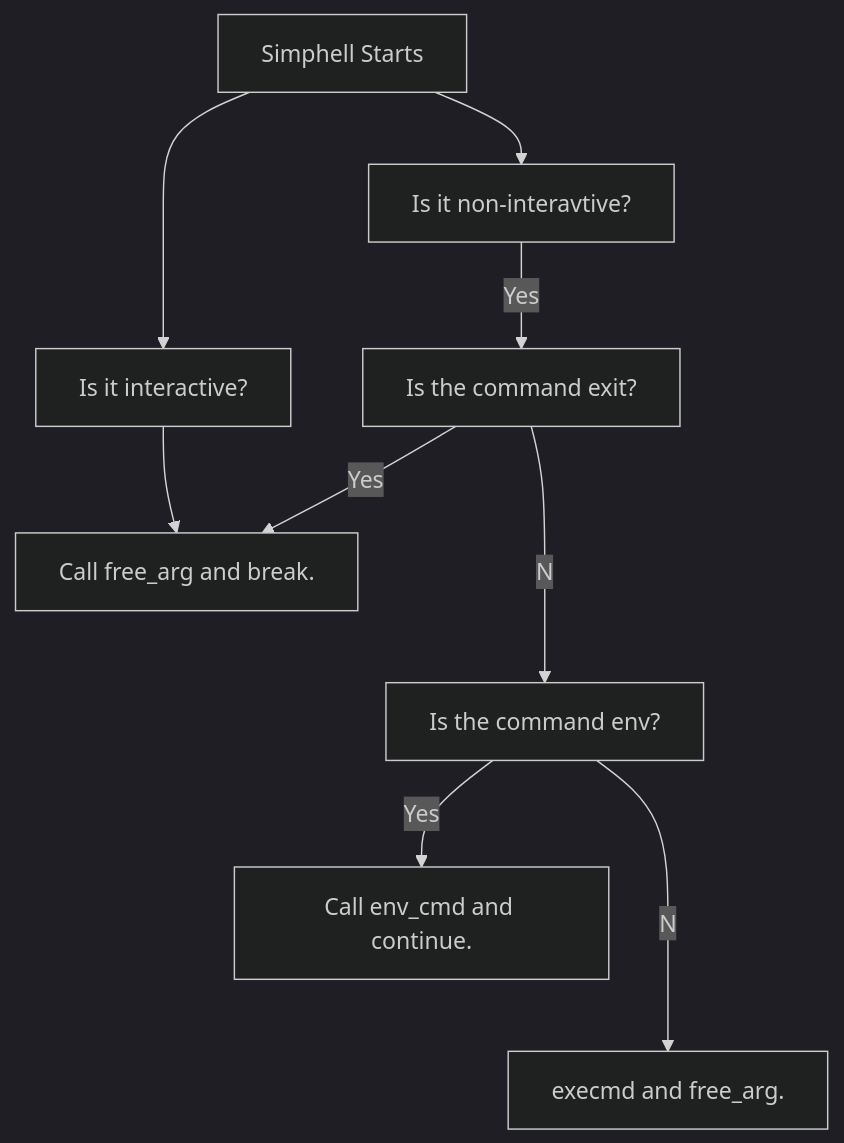
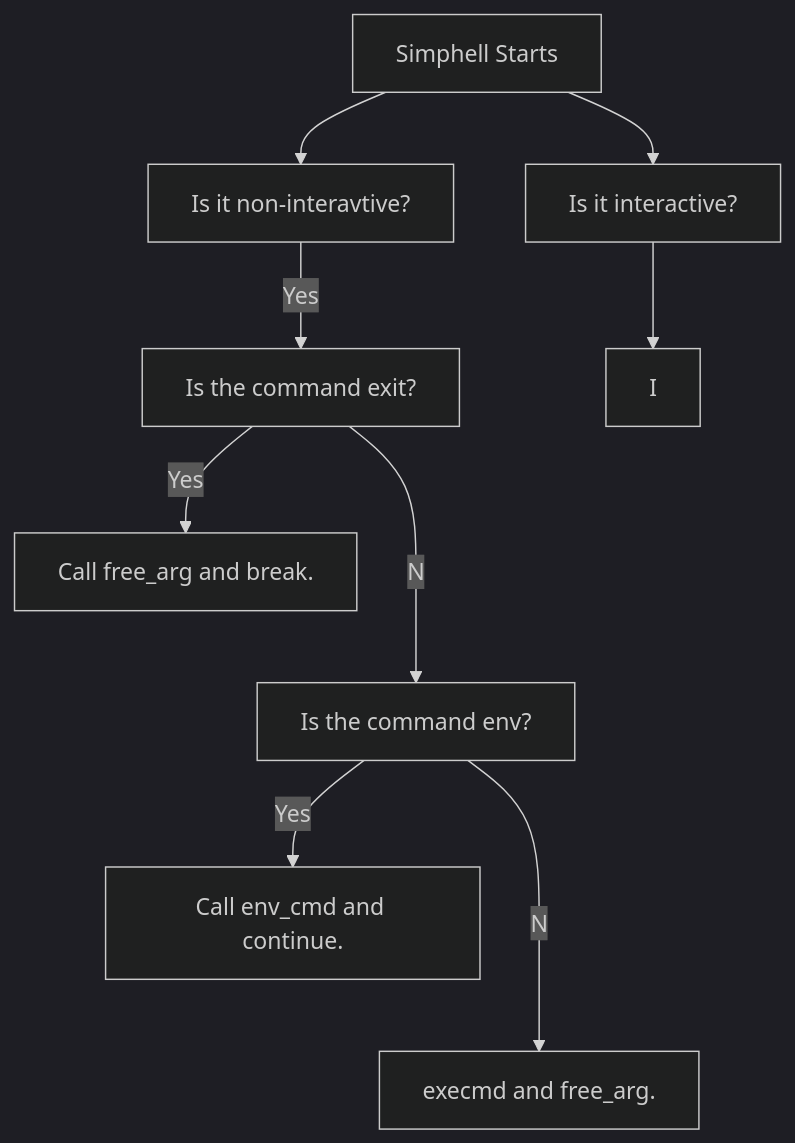
Before and after one commit to LeeWest89/MySuperRepo: the diagram in README.md, drawn with Mermaid (dark theme).

````diff
--- a/README.md
+++ b/README.md
@@ -2,11 +2,11 @@
 ```mermaid
 flowchart TD;
   A[Simphell Starts]-->B[Is it interactive?];
   A-->C[Is it non-interavtive?];
   C--Yes-->D[Is the command exit?];
   D--Yes-->E[Call free_arg and break.];
   D--No-->F[Is the command env?];
   F--Yes-->G[Call env_cmd and continue.];
   F--No-->H[execmd and free_arg.];
-  B-->E
+  B-->I;
 ```
````
